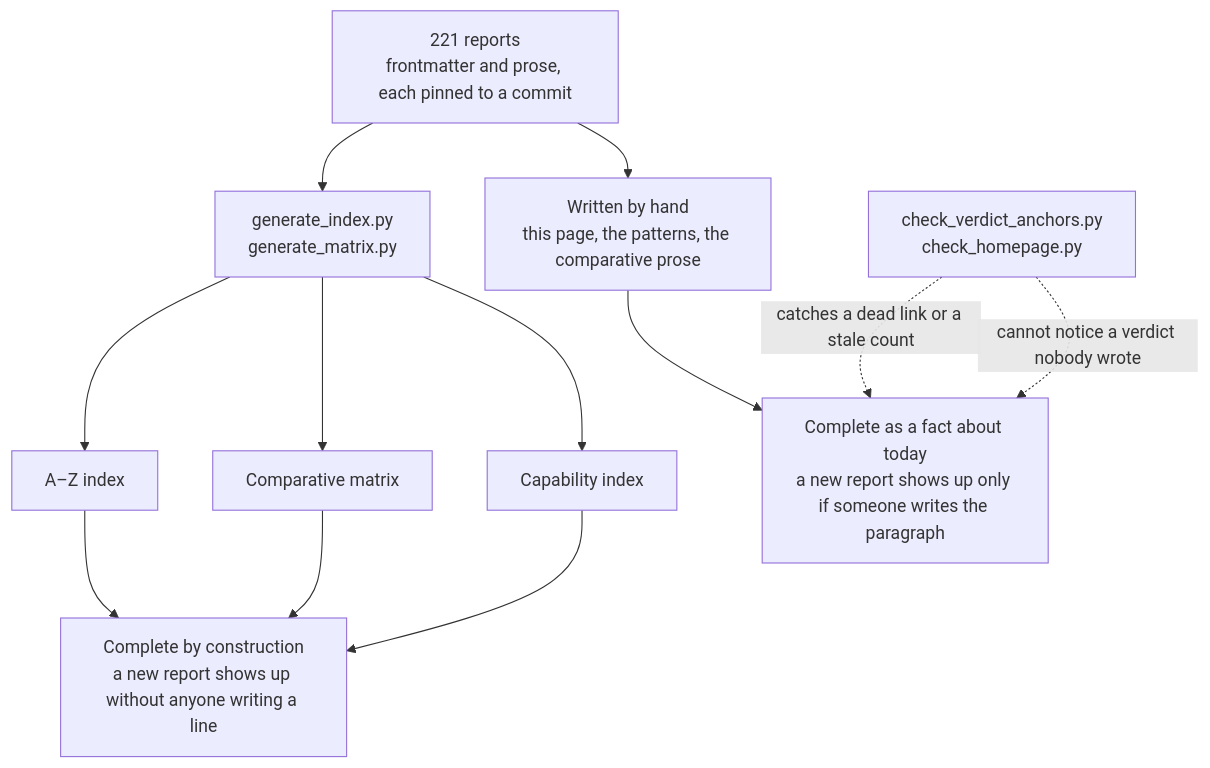
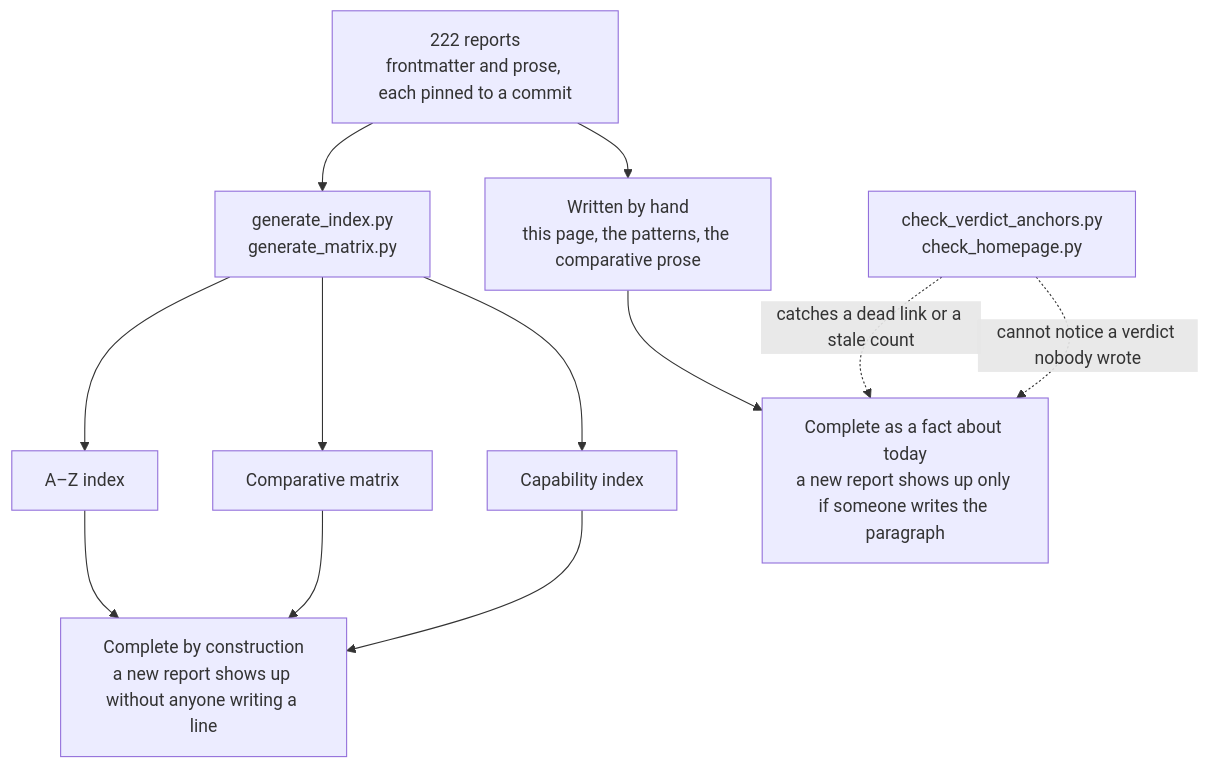
The diagram in content/verdicts.md (neoneye/agent-memory-atlas), drawn with Mermaid before and after one commit. The commit also changed other lines of this file and 19 other files, not shown here.

````diff
--- a/content/verdicts.md
+++ b/content/verdicts.md
@@ -40,15 +40,15 @@
 ```mermaid
 flowchart TD
-    R["221 reports<br/>frontmatter and prose, each pinned to a commit"]
+    R["222 reports<br/>frontmatter and prose, each pinned to a commit"]
     R --> GEN["generate_index.py<br/>generate_matrix.py"]
     R --> HAND["Written by hand<br/>this page, the patterns, the comparative prose"]
     GEN --> AZ["A–Z index"]
     GEN --> MX["Comparative matrix"]
     GEN --> CI["Capability index"]
     AZ --> CONST["Complete by construction<br/>a new report shows up without anyone writing a line"]
     MX --> CONST
     CI --> CONST
     HAND --> TODAY["Complete as a fact about today<br/>a new report shows up only if someone writes the paragraph"]
     CHK["check_verdict_anchors.py<br/>check_homepage.py"] -.->|"catches a dead link or a stale count"| TODAY
     CHK -.->|"cannot notice a verdict nobody wrote"| TODAY
 ```
````
